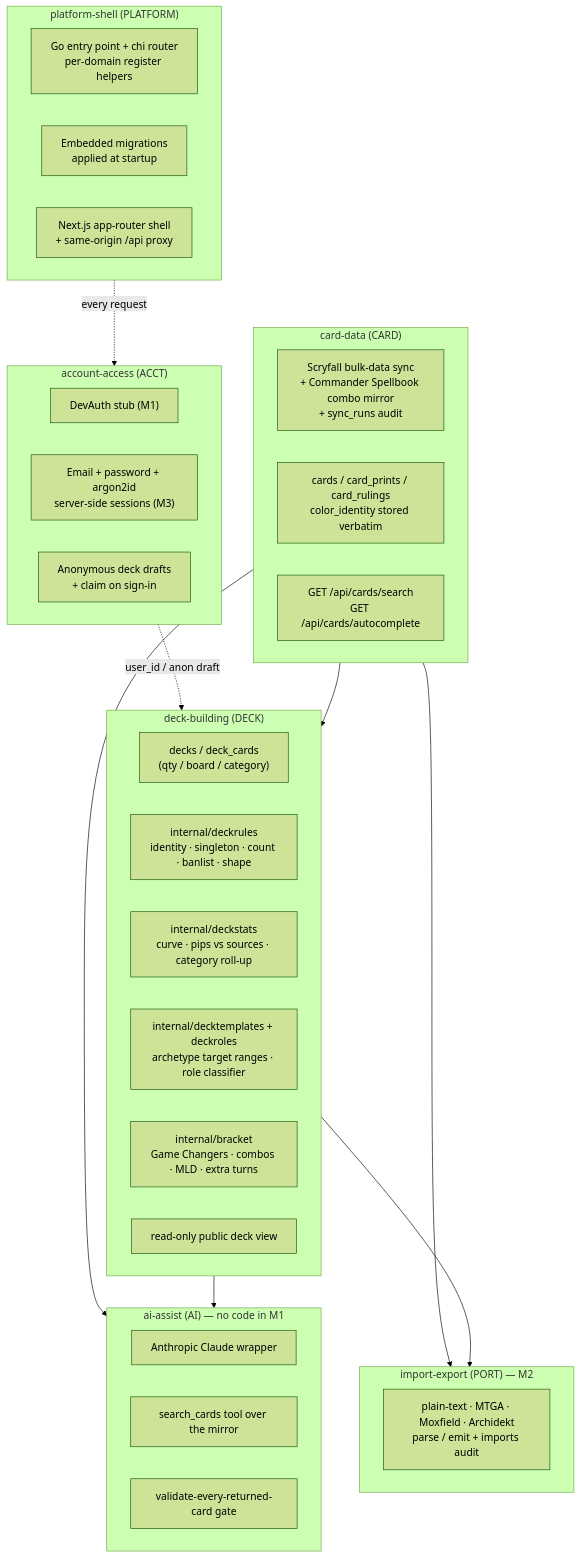
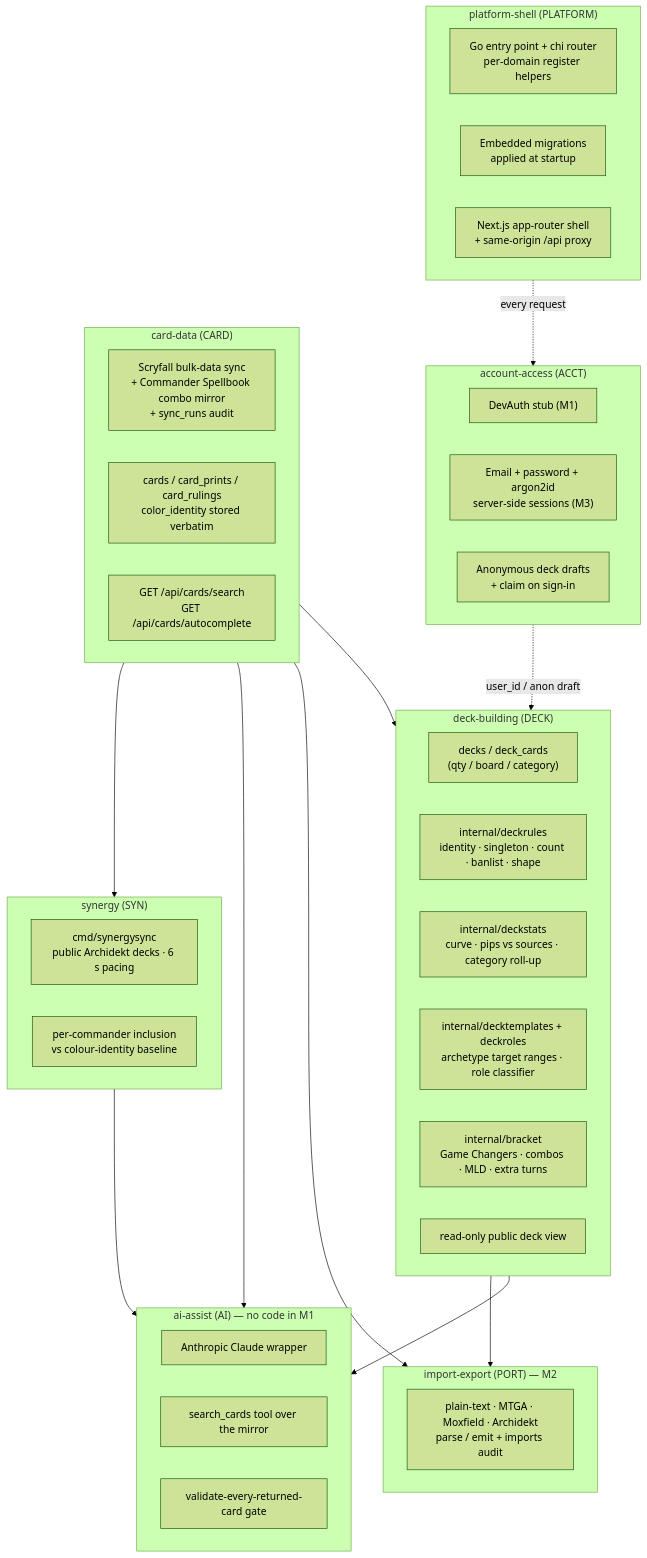
The diagram in docs/high-level-design.md (Sushi-Senpai/Manafold), drawn with Mermaid (forest theme) before and after one commit. The commit also changed other lines of this file and 17 other files, not shown here.

First line of the commit message:
WIP(synergy): intent docs, D7 decision, migration, sqlc queries, Archidekt client

````diff
--- a/docs/high-level-design.md
+++ b/docs/high-level-design.md
@@ -126,48 +132,55 @@
 ```mermaid
 flowchart TB
     subgraph platform["platform-shell (PLATFORM)"]
         direction LR
         entry["Go entry point + chi router<br/>per-domain register helpers"]
         migrate["Embedded migrations<br/>applied at startup"]
         proxy["Next.js app-router shell<br/>+ same-origin /api proxy"]
     end
 
     subgraph access["account-access (ACCT)"]
         devauth["DevAuth stub (M1)"]
         login["Email + password + argon2id<br/>server-side sessions (M3)"]
         drafts["Anonymous deck drafts<br/>+ claim on sign-in"]
     end
 
     subgraph card["card-data (CARD)"]
         sync["Scryfall bulk-data sync<br/>+ Commander Spellbook combo mirror<br/>+ sync_runs audit"]
         mirror["cards / card_prints / card_rulings<br/>color_identity stored verbatim"]
         search["GET /api/cards/search<br/>GET /api/cards/autocomplete"]
     end
 
     subgraph deck["deck-building (DECK)"]
         decks["decks / deck_cards<br/>(qty / board / category)"]
         rules["internal/deckrules<br/>identity · singleton · count · banlist · shape"]
         stats["internal/deckstats<br/>curve · pips vs sources · category roll-up"]
         templates["internal/decktemplates + deckroles<br/>archetype target ranges · role classifier"]
         bracket["internal/bracket<br/>Game Changers · combos · MLD · extra turns"]
         share["read-only public deck view"]
     end
 
     subgraph ai["ai-assist (AI) — no code in M1"]
         client["Anthropic Claude wrapper"]
         tool["search_cards tool over the mirror"]
         gate["validate-every-returned-card gate"]
     end
 
     subgraph port["import-export (PORT) — M2"]
         parse["plain-text · MTGA · Moxfield · Archidekt<br/>parse / emit + imports audit"]
     end
 
+    subgraph syn["synergy (SYN)"]
+        crawl["cmd/synergysync<br/>public Archidekt decks · 6 s pacing"]
+        aggs["per-commander inclusion<br/>vs colour-identity baseline"]
+    end
+
     platform -. every request .-> access
     access -. user_id / anon draft .-> deck
     card --> deck
     card --> port
     card --> ai
     deck --> ai
     deck --> port
+    card --> syn
+    syn --> ai
 ```
````
